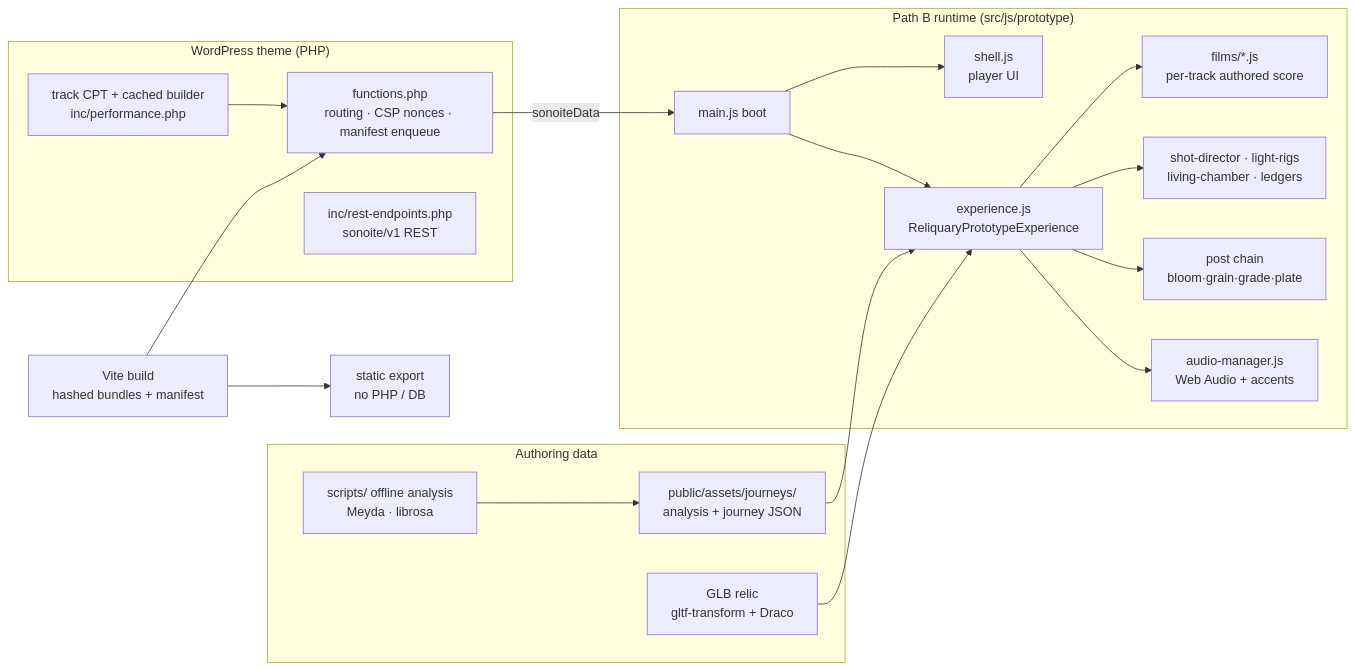
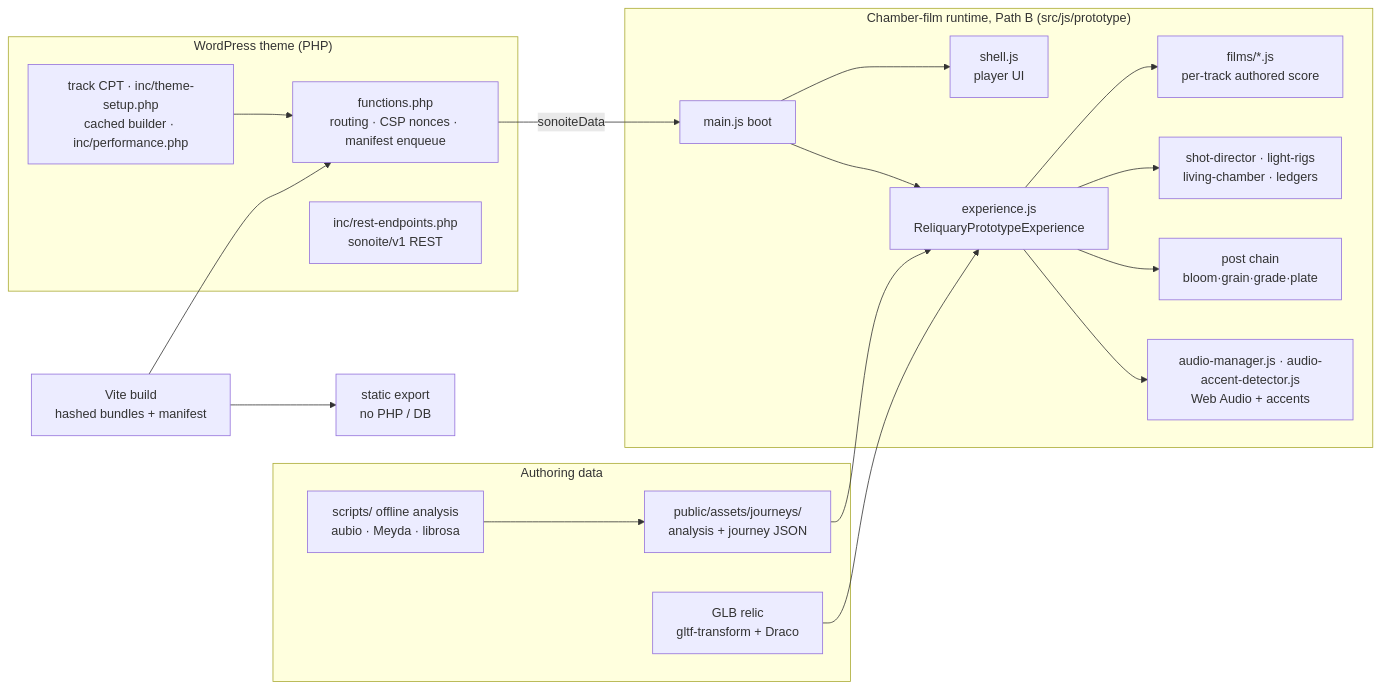
Before and after one commit to rremedio-web/sonoite: the diagram in README.md, drawn with Mermaid. The commit also changed other lines of this file and 24 other files, not shown here.

````diff
--- a/README.md
+++ b/README.md
@@ -52,26 +55,26 @@
 ```mermaid
 flowchart LR
   subgraph WP["WordPress theme (PHP)"]
     F[functions.php<br/>routing · CSP nonces · manifest enqueue]
     R[inc/rest-endpoints.php<br/>sonoite/v1 REST]
-    C[track CPT + cached builder<br/>inc/performance.php]
+    C[track CPT · inc/theme-setup.php<br/>cached builder · inc/performance.php]
   end
-  subgraph JS["Path B runtime (src/js/prototype)"]
+  subgraph JS["Chamber-film runtime, Path B (src/js/prototype)"]
     M[main.js boot] --> S[shell.js<br/>player UI]
     M --> E[experience.js<br/>ReliquaryPrototypeExperience]
     E --> FI[films/*.js<br/>per-track authored score]
     E --> SD[shot-director · light-rigs<br/>living-chamber · ledgers]
     E --> PP[post chain<br/>bloom·grain·grade·plate]
-    E --> AM[audio-manager.js<br/>Web Audio + accents]
+    E --> AM[audio-manager.js · audio-accent-detector.js<br/>Web Audio + accents]
   end
   subgraph DATA["Authoring data"]
-    A[scripts/ offline analysis<br/>Meyda · librosa] --> J[public/assets/journeys/<br/>analysis + journey JSON]
+    A[scripts/ offline analysis<br/>aubio · Meyda · librosa] --> J[public/assets/journeys/<br/>analysis + journey JSON]
     G[GLB relic<br/>gltf-transform + Draco]
   end
   F -- sonoiteData --> M
   C --> F
   J --> E
   G --> E
   V[Vite build<br/>hashed bundles + manifest] --> F
   V --> X[static export<br/>no PHP / DB]
 ```
````
